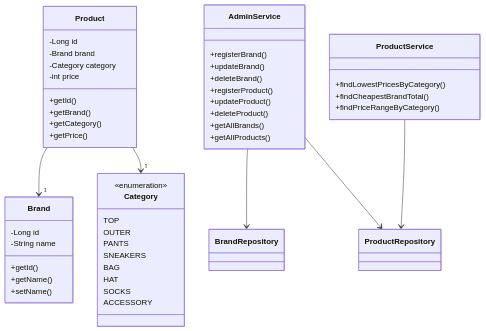
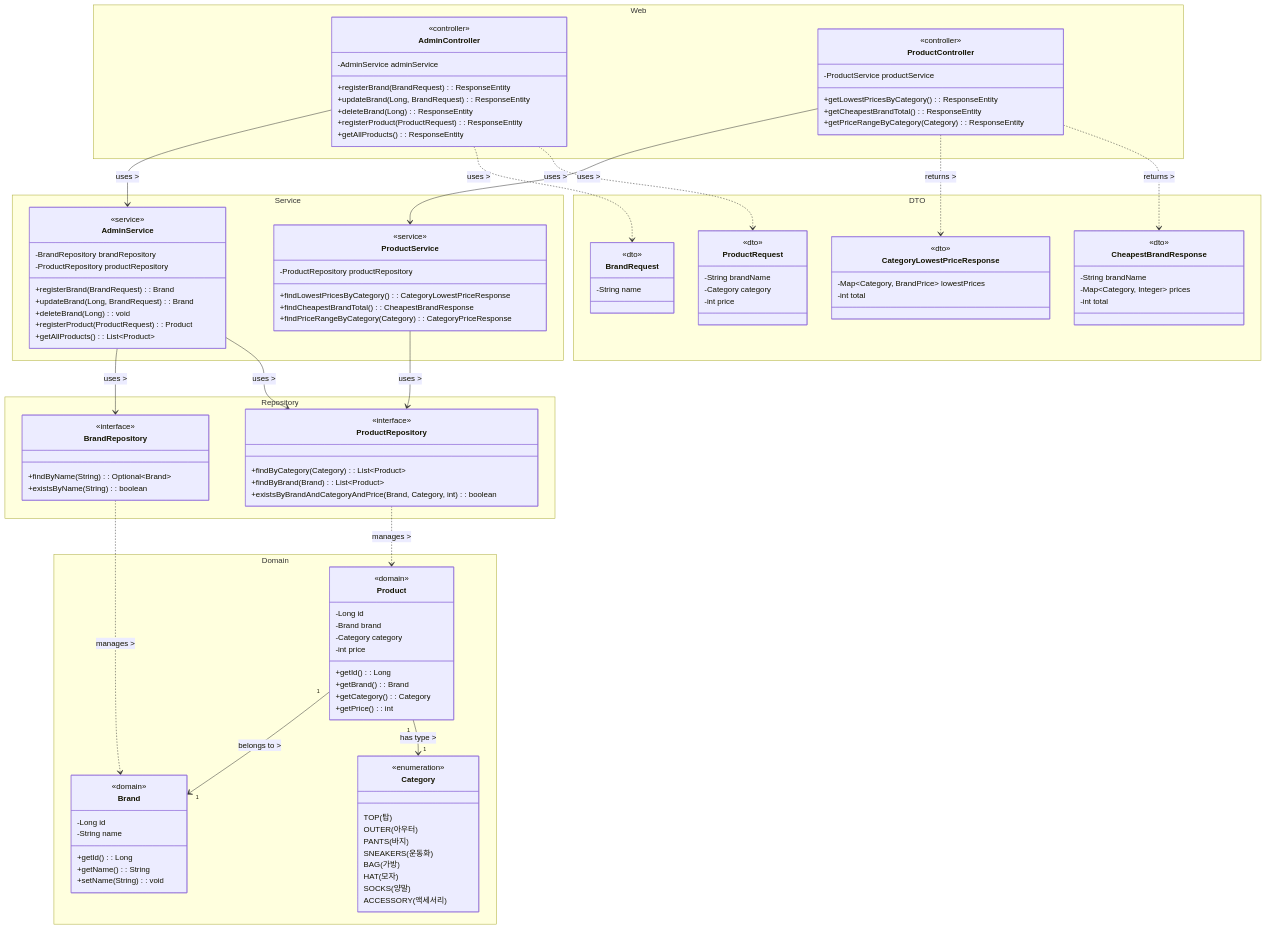
The second of 2 diagrams in README.md (yeokyeong-yoon/snap-influencer-api), drawn with Mermaid before and after one commit. The commit also changed other lines of this file, not shown here.

Commit message:
docs: improve system architecture and class diagrams with better organization and Korean labels

````diff
--- a/README.md
+++ b/README.md
@@ -32,56 +76,148 @@
 ```mermaid
 classDiagram
-    class Brand {
-        -Long id
-        -String name
-        +getId()
-        +getName()
-        +setName()
+    %% Domain Models
+    namespace Domain {
+        class Brand {
+            <<domain>>
+            -Long id
+            -String name
+            +getId(): Long
+            +getName(): String
+            +setName(String): void
+        }
+        
+        class Product {
+            <<domain>>
+            -Long id
+            -Brand brand
+            -Category category
+            -int price
+            +getId(): Long
+            +getBrand(): Brand
+            +getCategory(): Category
+            +getPrice(): int
+        }
+        
+        class Category {
+            <<enumeration>>
+            TOP(탑)
+            OUTER(아우터)
+            PANTS(바지)
+            SNEAKERS(운동화)
+            BAG(가방)
+            HAT(모자)
+            SOCKS(양말)
+            ACCESSORY(액세서리)
+        }
     }
+
+    %% DTOs
+    namespace DTO {
+        class BrandRequest {
+            <<dto>>
+            -String name
+        }
+
+        class ProductRequest {
+            <<dto>>
+            -String brandName
+            -Category category
+            -int price
+        }
+
+        class CategoryLowestPriceResponse {
+            <<dto>>
+            -Map~Category, BrandPrice~ lowestPrices
+            -int total
+        }
+
+        class CheapestBrandResponse {
+            <<dto>>
+            -String brandName
+            -Map~Category, Integer~ prices
+            -int total
+        }
+    }
+
+    %% Controllers
+    namespace Web {
+        class AdminController {
+            <<controller>>
+            -AdminService adminService
+            +registerBrand(BrandRequest): ResponseEntity
+            +updateBrand(Long, BrandRequest): ResponseEntity
+            +deleteBrand(Long): ResponseEntity
+            +registerProduct(ProductRequest): ResponseEntity
+            +getAllProducts(): ResponseEntity
+        }
+
+        class ProductController {
+            <<controller>>
+            -ProductService productService
+            +getLowestPricesByCategory(): ResponseEntity
+            +getCheapestBrandTotal(): ResponseEntity
+            +getPriceRangeByCategory(Category): ResponseEntity
+        }
+    }
+
+    %% Services
+    namespace Service {
+        class AdminService {
+            <<service>>
+            -BrandRepository brandRepository
+            -ProductRepository productRepository
+            +registerBrand(BrandRequest): Brand
+            +updateBrand(Long, BrandRequest): Brand
+            +deleteBrand(Long): void
+            +registerProduct(ProductRequest): Product
+            +getAllProducts(): List~Product~
+        }
+        
+        class ProductService {
+            <<service>>
+            -ProductRepository productRepository
+            +findLowestPricesByCategory(): CategoryLowestPriceResponse
+            +findCheapestBrandTotal(): CheapestBrandResponse
+            +findPriceRangeByCategory(Category): CategoryPriceResponse
+        }
+    }
+
+    %% Repositories
+    namespace Repository {
+        class BrandRepository {
+            <<interface>>
+            +findByName(String): Optional~Brand~
+            +existsByName(String): boolean
+        }
+
+        class ProductRepository {
+            <<interface>>
+            +findByCategory(Category): List~Product~
+            +findByBrand(Brand): List~Product~
+            +existsByBrandAndCategoryAndPrice(Brand, Category, int): boolean
+        }
+    }
+
+    %% Domain Relationships
+    Product "1" --> "1" Brand: belongs to >
+    Product "1" --> "1" Category: has type >
     
-    class Product {
-        -Long id
-        -Brand brand
-        -Category category
-        -int price
-        +getId()
-        +getBrand()
-        +getCategory()
-        +getPrice()
-    }
+    %% Controller-Service Relationships
+    AdminController --> AdminService: uses >
+    ProductController --> ProductService: uses >
     
-    class Category {
-        <<enumeration>>
-        TOP
-        OUTER
-        PANTS
-        SNEAKERS
-        BAG
-        HAT
-        SOCKS
-        ACCESSORY
-    }
-    
-    class AdminService {
-        +registerBrand()
-        +updateBrand()
-        +deleteBrand()
-        +registerProduct()
-        +updateProduct()
-        +deleteProduct()
-        +getAllBrands()
-        +getAllProducts()
-    }
-    
-    class ProductService {
-        +findLowestPricesByCategory()
-        +findCheapestBrandTotal()
-        +findPriceRangeByCategory()
-    }
-    
-    Product --> "1" Brand
-    Product --> "1" Category
-    AdminService --> BrandRepository
-    AdminService --> ProductRepository
-    ProductService --> ProductRepository
+    %% Service-Repository Relationships
+    AdminService --> BrandRepository: uses >
+    AdminService --> ProductRepository: uses >
+    ProductService --> ProductRepository: uses >
+
+    %% DTO Relationships
+    AdminController ..> BrandRequest: uses >
+    AdminController ..> ProductRequest: uses >
+    ProductController ..> CategoryLowestPriceResponse: returns >
+    ProductController ..> CheapestBrandResponse: returns >
+
+    %% Repository-Domain Relationships
+    BrandRepository ..> Brand: manages >
+    ProductRepository ..> Product: manages >
 ```
````
